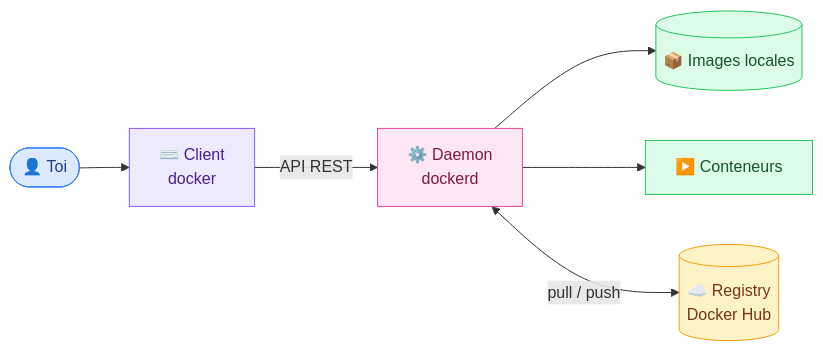
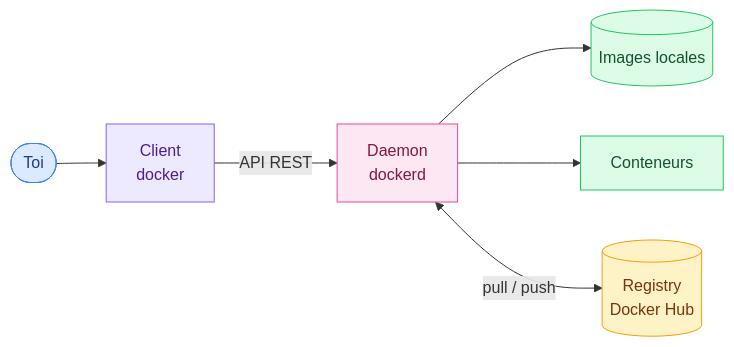
Before and after one commit to GoobyWoobies/HEIA-IT: the first of 3 diagrams in methodologie-securite-it/docker/02-architecture.md, drawn with Mermaid. The commit also changed other lines of this file and 24 other files, not shown here.

````diff
--- a/methodologie-securite-it/docker/02-architecture.md
+++ b/methodologie-securite-it/docker/02-architecture.md
@@ -30,15 +30,15 @@
 ```mermaid
 flowchart LR
-    U(["👤 Toi"]) --> CLI["⌨️ Client<br/>docker"]
-    CLI -->|"API REST"| D["⚙️ Daemon<br/>dockerd"]
-    D --> IMG[("📦 Images locales")]
-    D --> CT["▶️ Conteneurs"]
-    D <-->|"pull / push"| R[("☁️ Registry<br/>Docker Hub")]
+    U(["Toi"]) --> CLI["Client<br/>docker"]
+    CLI -->|"API REST"| D["Daemon<br/>dockerd"]
+    D --> IMG[("Images locales")]
+    D --> CT["Conteneurs"]
+    D <-->|"pull / push"| R[("Registry<br/>Docker Hub")]
 
     style U fill:#dbeafe,stroke:#3b82f6,color:#1e3a8a
     style CLI fill:#ede9fe,stroke:#8b5cf6,color:#4c1d95
     style D fill:#fce7f3,stroke:#ec4899,color:#831843
     style IMG fill:#dcfce7,stroke:#22c55e,color:#14532d
     style CT fill:#dcfce7,stroke:#22c55e,color:#14532d
     style R fill:#fef3c7,stroke:#f59e0b,color:#78350f
 ```
````
